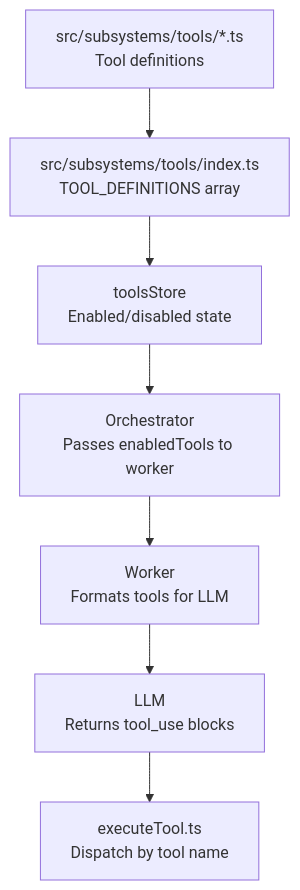
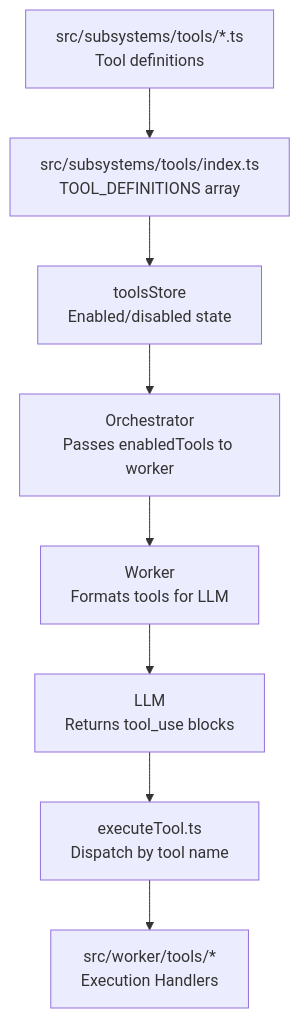
One commit to xt-ml/shadow-claw changed the diagram in docs/subsystems/tools.md. Above: the diagram before and after it, drawn with Mermaid. The commit also changed other lines of this file and 5 other files, not shown here.

````diff
--- a/docs/subsystems/tools.md
+++ b/docs/subsystems/tools.md
@@ -9,9 +9,10 @@
 ```mermaid
 graph TD
   Defs["src/subsystems/tools/*.ts<br>Tool definitions"] --> Index["src/subsystems/tools/index.ts<br>TOOL_DEFINITIONS array"]
   Index --> Store["toolsStore<br>Enabled/disabled state"]
   Store --> Orchestrator["Orchestrator<br>Passes enabledTools to worker"]
   Orchestrator --> Worker["Worker<br>Formats tools for LLM"]
   Worker --> LLM["LLM<br>Returns tool_use blocks"]
   LLM --> Exec["executeTool.ts<br>Dispatch by tool name"]
+  Exec --> Handlers["src/worker/tools/*<br>Execution Handlers"]
 ```
````
